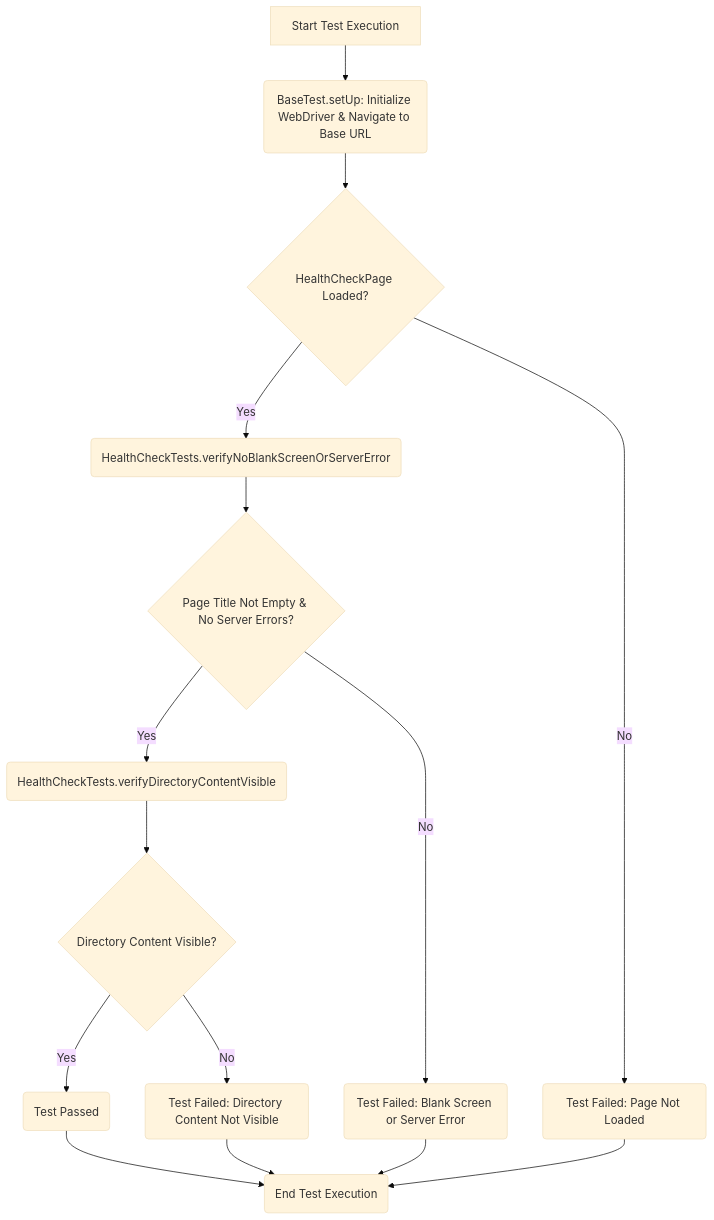
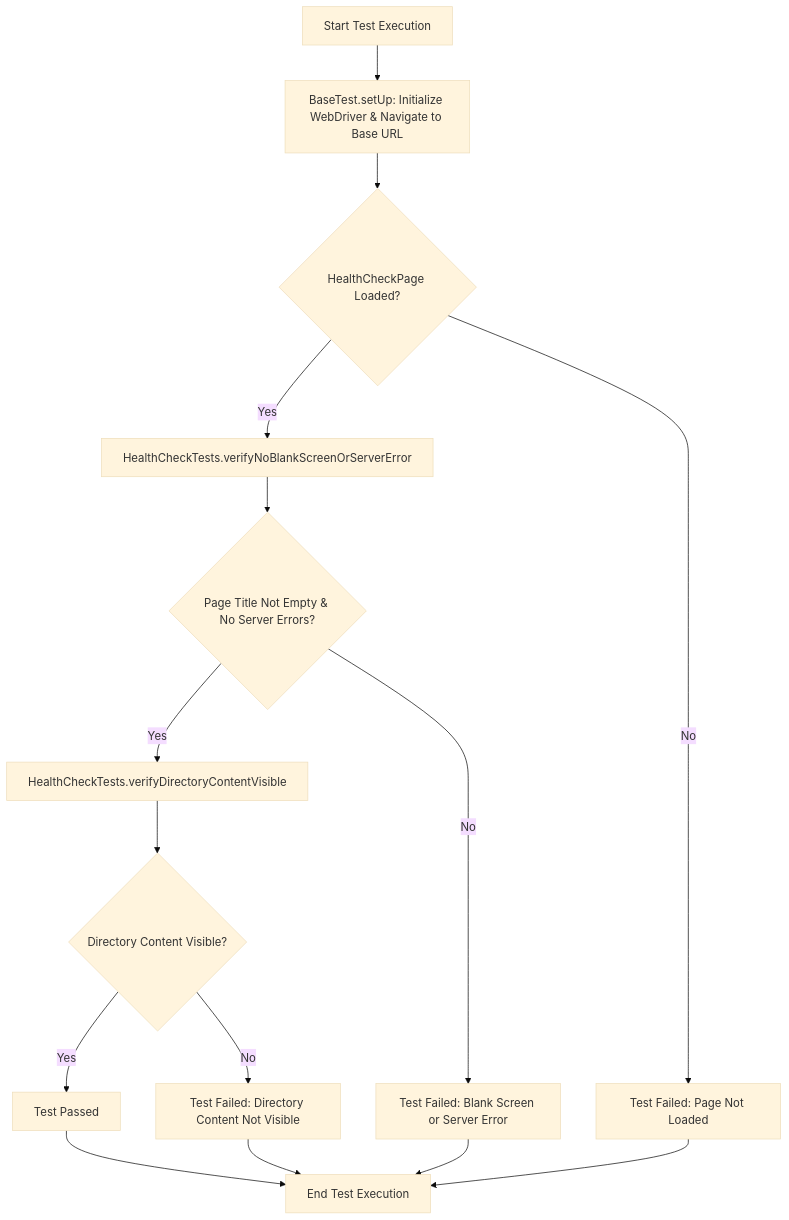
Before and after one commit to mandypepe/sdd_selenium: the second of 7 diagrams in README.md, drawn with Mermaid (base theme). The commit also changed other lines of this file and 36 other files, not shown here.

First line of the commit message:
Feature/qa tc008 test directory alphabetical index (#7)

````diff
--- a/README.md
+++ b/README.md
@@ -120,17 +136,17 @@
 ```mermaid
-graph TD
-    A[Start Test Execution] --> B(BaseTest.setUp: Initialize WebDriver & Navigate to Base URL);
-    B --> C{HealthCheckPage Loaded?};
-    C -- Yes --> D(HealthCheckTests.verifyNoBlankScreenOrServerError);
-    D --> E{Page Title Not Empty & No Server Errors?};
-    E -- Yes --> F(HealthCheckTests.verifyDirectoryContentVisible);
-    F --> G{Directory Content Visible?};
-    G -- Yes --> H(Test Passed);
-    C -- No --> I(Test Failed: Page Not Loaded);
-    E -- No --> J(Test Failed: Blank Screen or Server Error);
-    G -- No --> K(Test Failed: Directory Content Not Visible);
-    H --> L(End Test Execution);
-    I --> L;
-    J --> L;
-    K --> L;
+flowchart TD
+    A[Start Test Execution] --> B["BaseTest.setUp: Initialize WebDriver & Navigate to Base URL"]
+    B --> C{HealthCheckPage Loaded?}
+    C -- Yes --> D["HealthCheckTests.verifyNoBlankScreenOrServerError"]
+    D --> E{Page Title Not Empty & No Server Errors?}
+    E -- Yes --> F["HealthCheckTests.verifyDirectoryContentVisible"]
+    F --> G{Directory Content Visible?}
+    G -- Yes --> H[Test Passed]
+    C -- No --> I[Test Failed: Page Not Loaded]
+    E -- No --> J[Test Failed: Blank Screen or Server Error]
+    G -- No --> K[Test Failed: Directory Content Not Visible]
+    H --> L[End Test Execution]
+    I --> L
+    J --> L
+    K --> L
 ```
````
